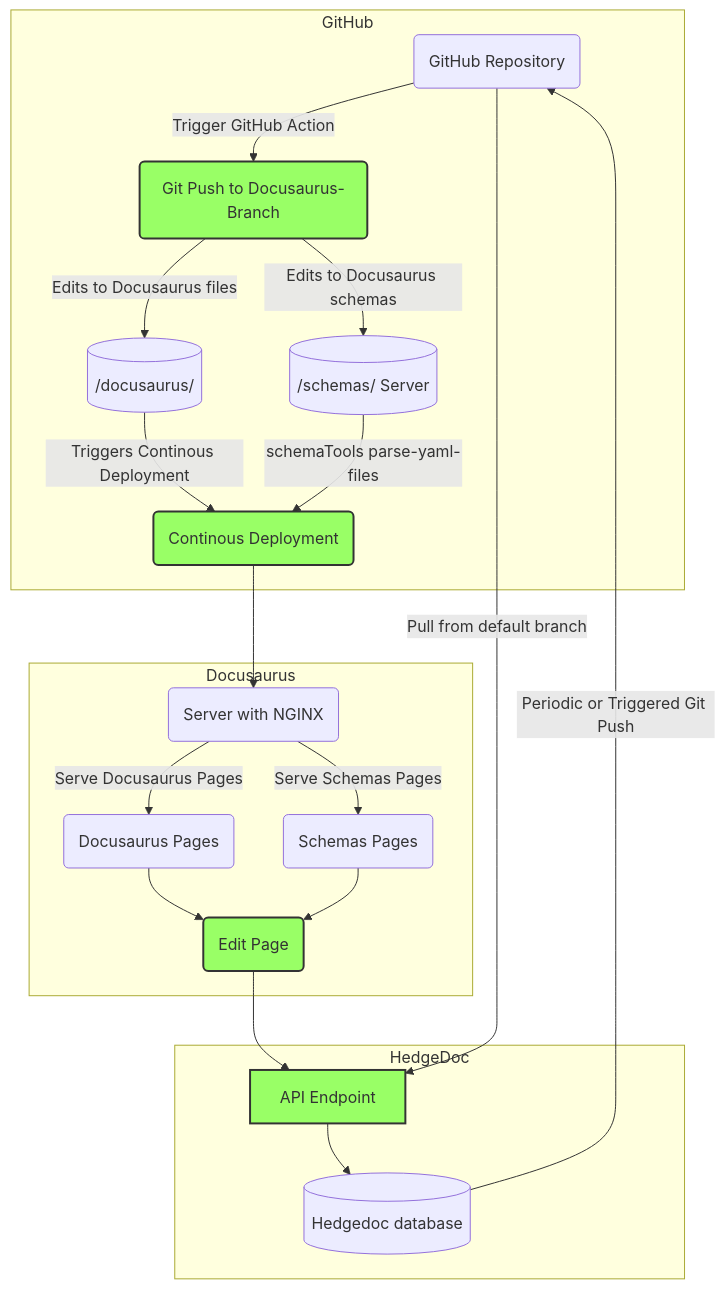
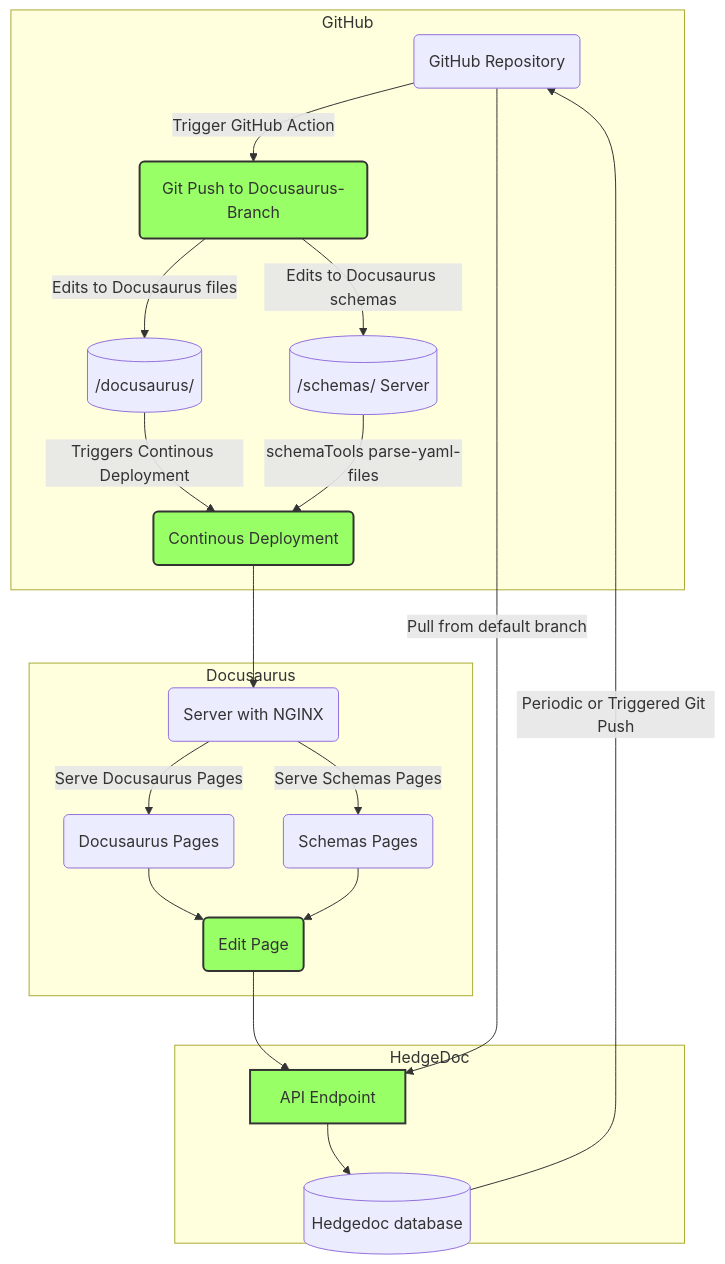
One commit to nqminds/SBOM-GAP changed the diagram in README.md. Above: the diagram before and after it, drawn with Mermaid.

Commit message:
[2024-01-11 10:44:35] Anthony McCaigue: documentation-toolchain

````diff
--- a/README.md
+++ b/README.md
@@ -6,47 +6,47 @@
 ```mermaid
 graph
 
 %% GitHub
 subgraph GitHub
   ghRepo(GitHub Repository)
   ghAction1(Git Push to Docusaurus-Branch)
   ghAction2(Continous Deployment)
   docusaurusServer[(/docusaurus/)]
   schemasServer[(/schemas/ Server)]
 end
 
 %% Server Hosting Pages using NGINX
 subgraph Docusaurus
   nginxServer(Server with NGINX)
   nginxDocusaurus(Docusaurus Pages)
   nginxSchemas(Schemas Pages)
   editPage(Edit Page)
 end
 
 subgraph HedgeDoc
     hedgedocPages[(Hedgedoc database)]
     api[API Endpoint]
 end
 
 %% Arrows and Actions
 ghRepo -->|Trigger GitHub Action| ghAction1
 ghAction1 -->|Edits to Docusaurus files| docusaurusServer
 ghAction1 -->|Edits to Docusaurus schemas| schemasServer
 docusaurusServer -->|Triggers Continous Deployment| ghAction2
 schemasServer -->|schemaTools parse-yaml-files| ghAction2
 ghAction2 --> nginxServer
 nginxServer -->|Serve Docusaurus Pages| nginxDocusaurus
 nginxServer -->|Serve Schemas Pages| nginxSchemas
 
 nginxDocusaurus --> editPage
 nginxSchemas --> editPage
 
 editPage --> api
 ghRepo --> |Pull from default branch| api
 
 api -->hedgedocPages -->|Periodic or Triggered Git Push| ghRepo
 
 classDef centered fill:#9f6,stroke:#333,stroke-width:2px,align:center;
-
 class ghAction1,ghAction2,editPage,api centered;
+style HedgeDoc height:200px;
 ```
````
